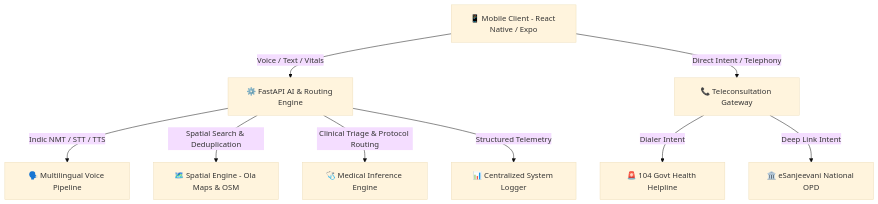
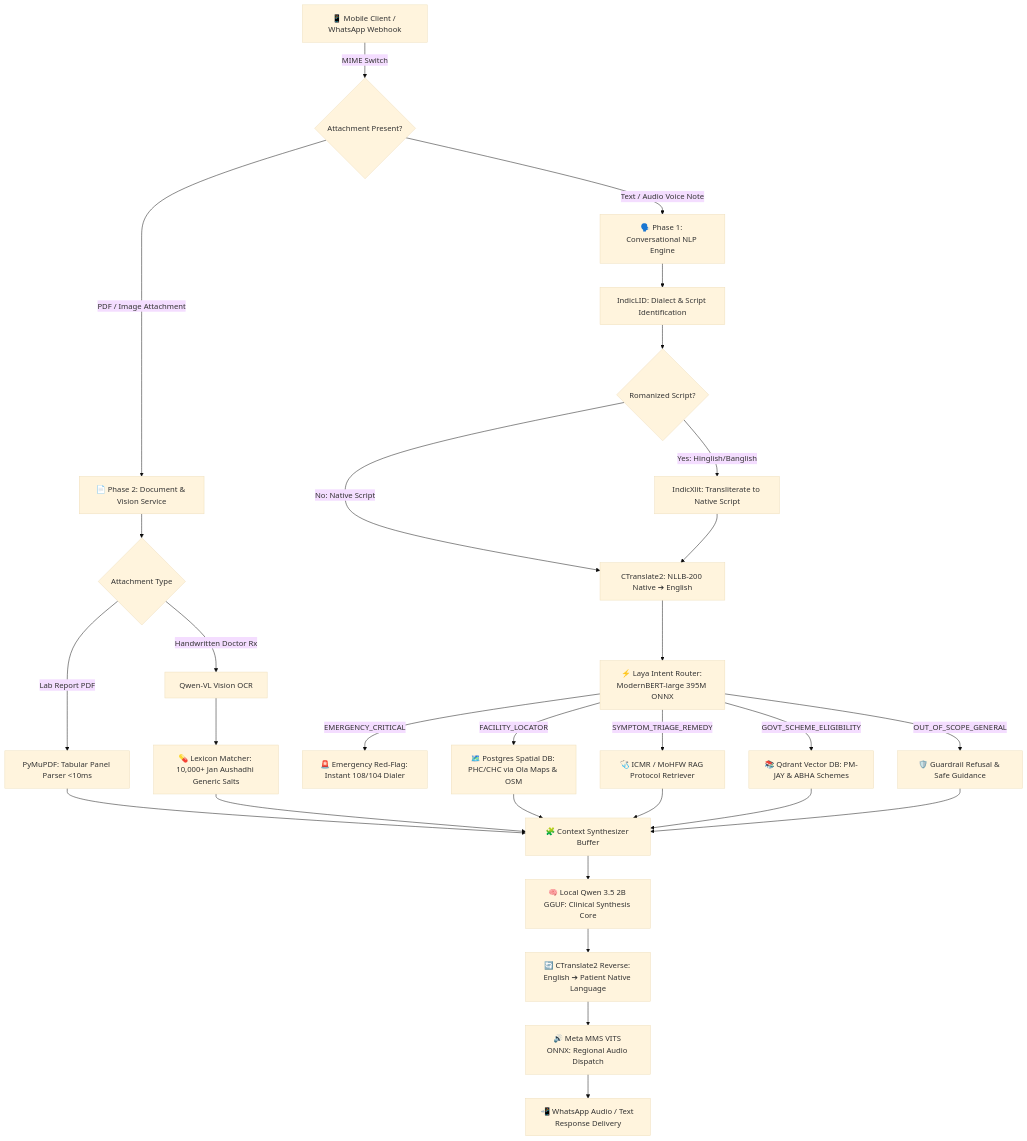
Before and after one commit to suyash-rgb/AarogyaMitra: the diagram in README.md, drawn with Mermaid (base theme). The commit also changed other lines of this file and 5 other files, not shown here.

````diff
--- a/README.md
+++ b/README.md
@@ -75,11 +78,40 @@
 ```mermaid
 graph TD
-    A[📱 Mobile Client - React Native / Expo] -->|Voice / Text / Vitals| B[⚙️ FastAPI AI & Routing Engine]
-    B -->|Indic NMT / STT / TTS| C[🗣️ Multilingual Voice Pipeline]
-    B -->|Spatial Search & Deduplication| D[🗺️ Spatial Engine - Ola Maps & OSM]
-    B -->|Clinical Triage & Protocol Routing| E[🩺 Medical Inference Engine]
-    A -->|Direct Intent / Telephony| F[📞 Teleconsultation Gateway]
-    F -->|Dialer Intent| F1[🚨 104 Govt Health Helpline]
-    F -->|Deep Link Intent| F2[🏛️ eSanjeevani National OPD]
-    B -->|Structured Telemetry| G[📊 Centralized System Logger]
+    A[📱 Mobile Client / WhatsApp Webhook] -->|MIME Switch| B{Attachment Present?}
+    
+    %% Track A: Voice & Text
+    B -->|Text / Audio Voice Note| C[🗣️ Phase 1: Conversational NLP Engine]
+    C --> C1[IndicLID: Dialect & Script Identification]
+    C1 --> C2{Romanized Script?}
+    C2 -->|Yes: Hinglish/Banglish| C3[IndicXlit: Transliterate to Native Script]
+    C2 -->|No: Native Script| C4[CTranslate2: NLLB-200 Native ➔ English]
+    C3 --> C4
+    C4 --> C5[⚡ Laya Intent Router: ModernBERT-large 395M ONNX]
+    
+    %% Track B: Documents & Vision
+    B -->|PDF / Image Attachment| D[📄 Phase 2: Document & Vision Service]
+    D --> D1{Attachment Type}
+    D1 -->|Lab Report PDF| D2[PyMuPDF: Tabular Panel Parser <10ms]
+    D1 -->|Handwritten Doctor Rx| D3[Qwen-VL Vision OCR]
+    D3 --> D4[💊 Lexicon Matcher: 10,000+ Jan Aushadhi Generic Salts]
+    
+    %% Downstream Handlers
+    C5 -->|EMERGENCY_CRITICAL| H1[🚨 Emergency Red-Flag: Instant 108/104 Dialer]
+    C5 -->|FACILITY_LOCATOR| H2[🗺️ Postgres Spatial DB: PHC/CHC via Ola Maps & OSM]
+    C5 -->|SYMPTOM_TRIAGE_REMEDY| H3[🩺 ICMR / MoHFW RAG Protocol Retriever]
+    C5 -->|GOVT_SCHEME_ELIGIBILITY| H4[📚 Qdrant Vector DB: PM-JAY & ABHA Schemes]
+    C5 -->|OUT_OF_SCOPE_GENERAL| H5[🛡️ Guardrail Refusal & Safe Guidance]
+    
+    %% Convergence & Egress
+    D2 --> E[🧩 Context Synthesizer Buffer]
+    D4 --> E
+    H2 --> E
+    H3 --> E
+    H4 --> E
+    H5 --> E
+    
+    E --> F[🧠 Local Qwen 3.5 2B GGUF: Clinical Synthesis Core]
+    F --> G[🔄 CTranslate2 Reverse: English ➔ Patient Native Language]
+    G --> I[🔊 Meta MMS VITS ONNX: Regional Audio Dispatch]
+    I --> J[📲 WhatsApp Audio / Text Response Delivery]
 ```
````
